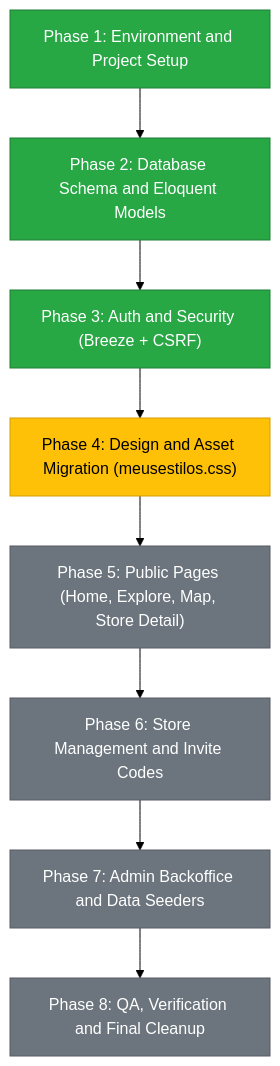
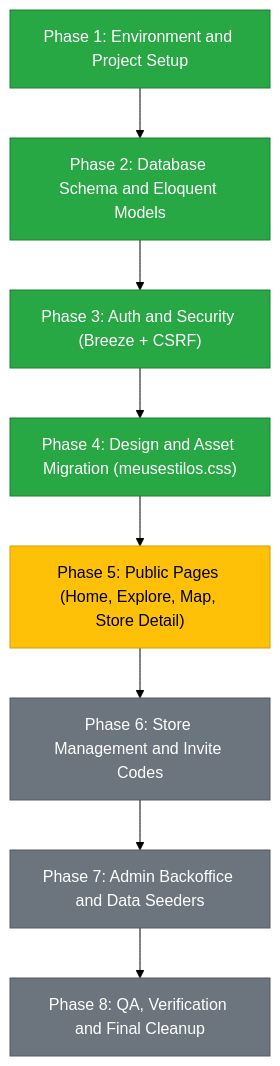
One commit to tiagopina17/C.A.M. changed the diagram in MIGRATION.md. Above: the diagram before and after it, drawn with Mermaid (forest theme). The commit also changed other lines of this file and 12 other files, not shown here.

Commit message:
feat: complete Phase 4 design and asset migration with Blade components

````diff
--- a/MIGRATION.md
+++ b/MIGRATION.md
@@ -34,14 +34,14 @@
 ```mermaid
 flowchart TD
     D1["Phase 1: Environment and Project Setup"]:::done --> D2["Phase 2: Database Schema and Eloquent Models"]:::done
     D2 --> D3["Phase 3: Auth and Security (Breeze + CSRF)"]:::done
-    D3 --> D4["Phase 4: Design and Asset Migration (meusestilos.css)"]:::active
-    D4 --> D5["Phase 5: Public Pages (Home, Explore, Map, Store Detail)"]:::pending
+    D3 --> D4["Phase 4: Design and Asset Migration (meusestilos.css)"]:::done
+    D4 --> D5["Phase 5: Public Pages (Home, Explore, Map, Store Detail)"]:::active
     D5 --> D6["Phase 6: Store Management and Invite Codes"]:::pending
     D6 --> D7["Phase 7: Admin Backoffice and Data Seeders"]:::pending
     D7 --> D8["Phase 8: QA, Verification and Final Cleanup"]:::pending
 
     classDef done fill:#28a745,stroke:#1e7e34,color:white;
     classDef active fill:#ffc107,stroke:#d39e00,color:black;
     classDef pending fill:#6c757d,stroke:#545b62,color:white;
 ```
````
